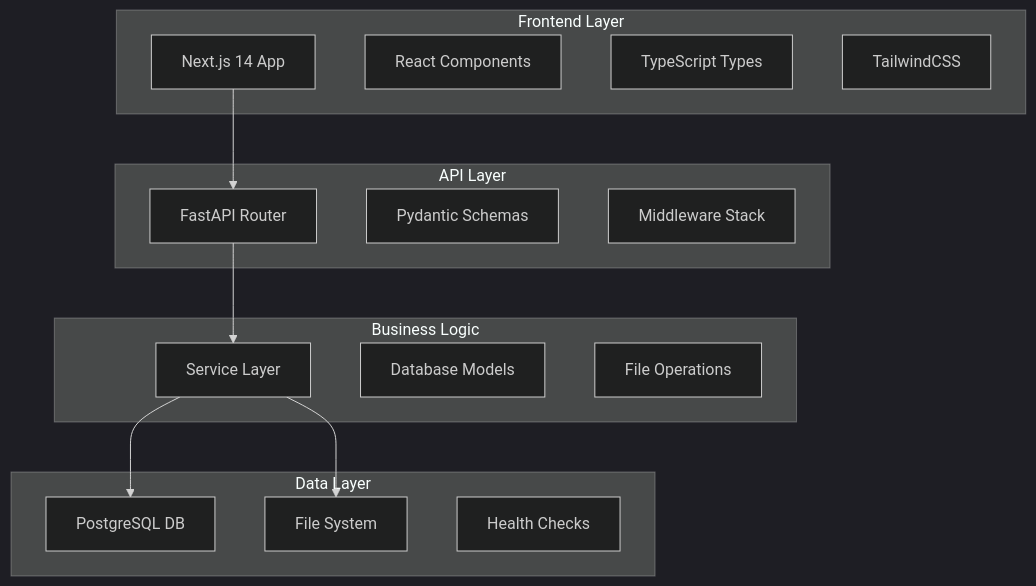
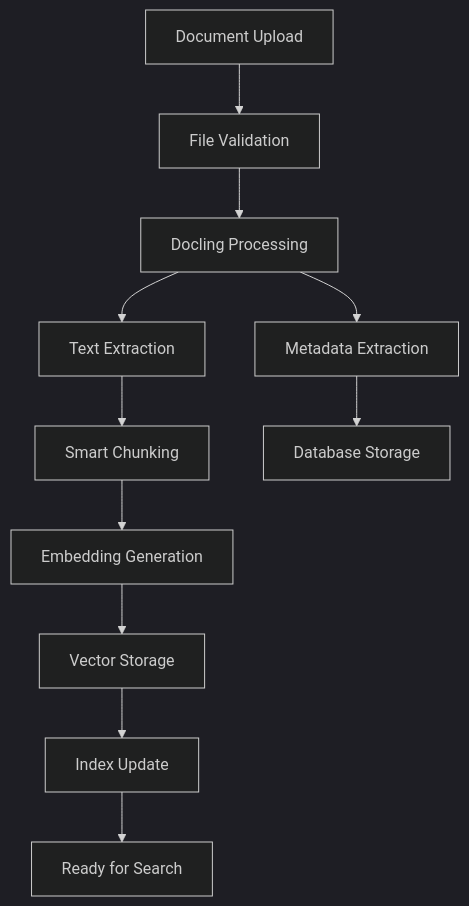
One commit to Lukasge02/Streamworks-KI changed the diagram in docs/ARCHITECTURE.md. Above: the diagram before and after it, drawn with Mermaid (dark theme). The commit also changed other lines of this file and 124 other files, not shown here.

First line of the commit message:
🚀 Backend v0.03 - Major System Modernization & Architecture Overhaul

````diff
--- a/docs/ARCHITECTURE.md
+++ b/docs/ARCHITECTURE.md
@@ -11,32 +188,14 @@
 ```mermaid
-graph TB
-    subgraph "Frontend Layer"
-        A[Next.js 14 App]
-        B[React Components]
-        C[TypeScript Types]
-        D[TailwindCSS]
-    end
+graph TD
+    A[Document Upload] --> B[File Validation]
+    B --> C[Docling Processing]
+    C --> D[Text Extraction]
+    D --> E[Smart Chunking]
+    E --> F[Embedding Generation]
+    F --> G[Vector Storage]
+    G --> H[Index Update]
+    H --> I[Ready for Search]
     
-    subgraph "API Layer" 
-        E[FastAPI Router]
-        F[Pydantic Schemas]
-        G[Middleware Stack]
-    end
-    
-    subgraph "Business Logic"
-        H[Service Layer]
-        I[Database Models]
-        J[File Operations]
-    end
-    
-    subgraph "Data Layer"
-        K[PostgreSQL DB]
-        L[File System]
-        M[Health Checks]
-    end
-    
-    A --> E
-    E --> H
-    H --> K
-    H --> L
+    C --> J[Metadata Extraction]
+    J --> K[Database Storage]
 ```
````
